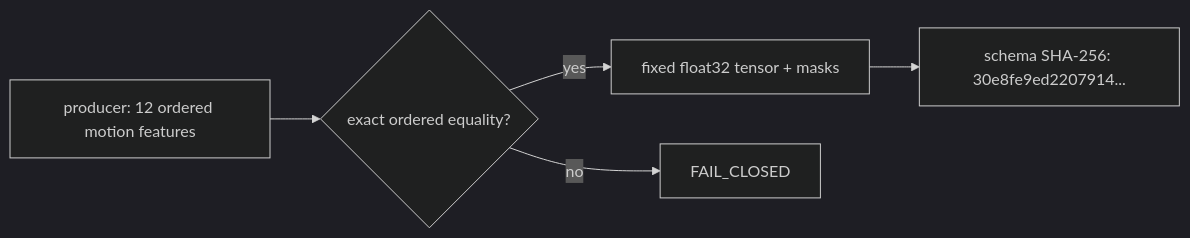
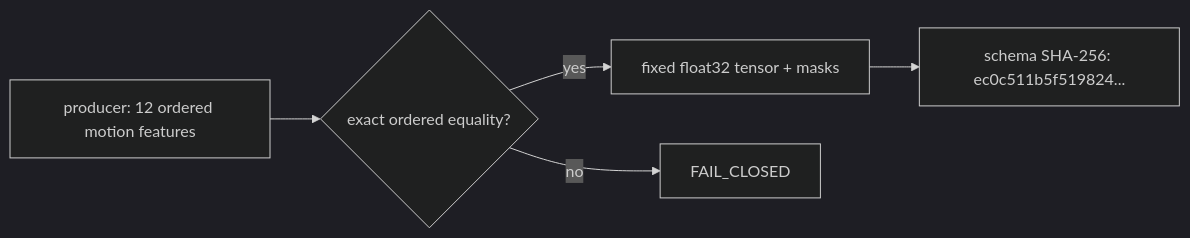
Before and after one commit to tuanhmhe186947/q7m4x9v2k8n5r3t6p1: the seventh of 10 diagrams in docs/classification_v2/scientific_contract_v1/01_pipeline_dataflow.md, drawn with Mermaid (dark theme). The commit also changed 19 other files, not shown here.

Commit message:
Implement Classification V2 motion schema phase 2

````diff
--- a/docs/classification_v2/scientific_contract_v1/01_pipeline_dataflow.md
+++ b/docs/classification_v2/scientific_contract_v1/01_pipeline_dataflow.md
@@ -138,8 +138,8 @@
 ```mermaid
 flowchart LR
   P["producer: 12 ordered motion features"]
   P --> C{"exact ordered equality?"}
   C -- yes --> T["fixed float32 tensor + masks"]
   C -- no --> F["FAIL_CLOSED"]
-  T --> H["schema SHA-256: 30e8fe9ed2207914..."]
+  T --> H["schema SHA-256: ec0c511b5f519824..."]
 ```
````
